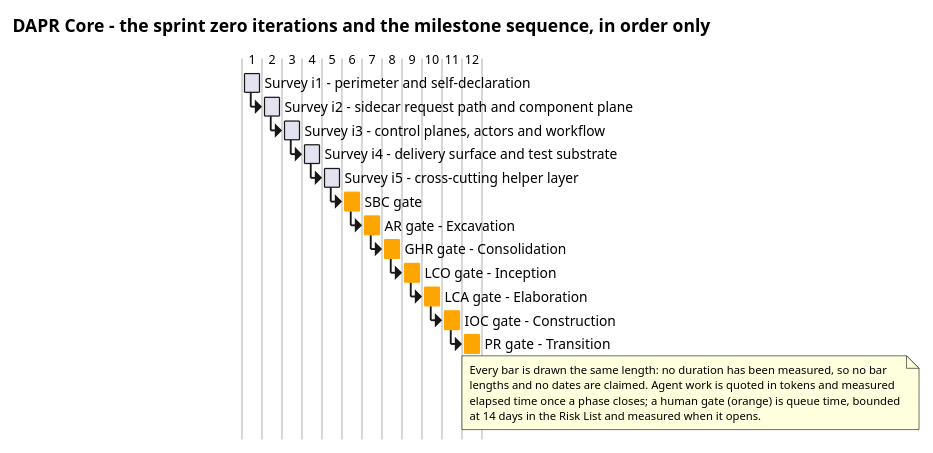
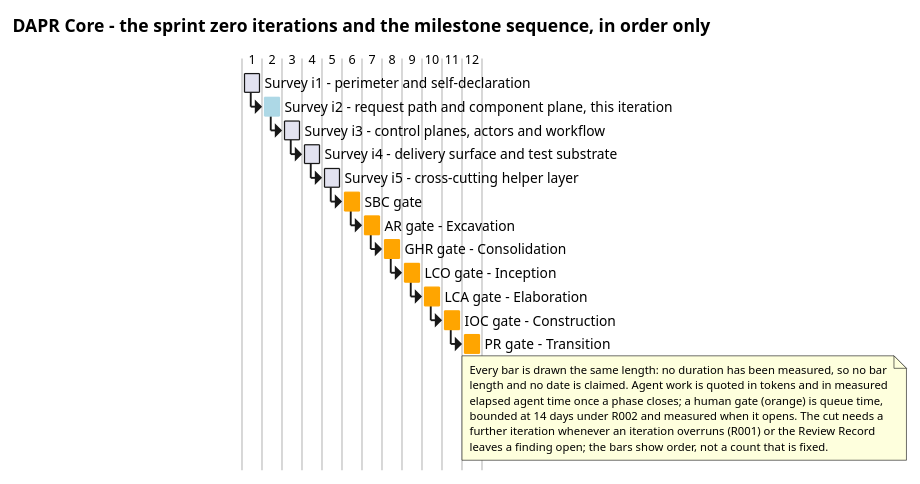
One commit to banense-test/dapr changed the first of 2 diagrams in docs/artifacts/project-management/iteration-plan.md. Above: the diagram before and after it, drawn with PlantUML. The commit also changed other lines of this file, not shown here.

First line of the commit message:
Project Manager [Survey2]: upsert Iteration Plan

````diff
--- a/docs/artifacts/project-management/iteration-plan.md
+++ b/docs/artifacts/project-management/iteration-plan.md
@@ -36,34 +38,37 @@
 ```plantuml
 @startgantt
 title DAPR Core - the sprint zero iterations and the milestone sequence, in order only
 hide footbox
 
 [Survey i1 - perimeter and self-declaration] lasts 1 day
-[Survey i2 - sidecar request path and component plane] starts at [Survey i1 - perimeter and self-declaration]'s end
-[Survey i3 - control planes, actors and workflow] starts at [Survey i2 - sidecar request path and component plane]'s end
+[Survey i2 - request path and component plane, this iteration] starts at [Survey i1 - perimeter and self-declaration]'s end
+[Survey i3 - control planes, actors and workflow] starts at [Survey i2 - request path and component plane, this iteration]'s end
 [Survey i4 - delivery surface and test substrate] starts at [Survey i3 - control planes, actors and workflow]'s end
 [Survey i5 - cross-cutting helper layer] starts at [Survey i4 - delivery surface and test substrate]'s end
 [SBC gate] starts at [Survey i5 - cross-cutting helper layer]'s end
 [AR gate - Excavation] starts at [SBC gate]'s end
 [GHR gate - Consolidation] starts at [AR gate - Excavation]'s end
 [LCO gate - Inception] starts at [GHR gate - Consolidation]'s end
 [LCA gate - Elaboration] starts at [LCO gate - Inception]'s end
 [IOC gate - Construction] starts at [LCA gate - Elaboration]'s end
 [PR gate - Transition] starts at [IOC gate - Construction]'s end
 
+[Survey i2 - request path and component plane, this iteration] is colored in LightBlue
 [SBC gate] is colored in Orange
 [AR gate - Excavation] is colored in Orange
 [GHR gate - Consolidation] is colored in Orange
 [LCO gate - Inception] is colored in Orange
 [LCA gate - Elaboration] is colored in Orange
 [IOC gate - Construction] is colored in Orange
 [PR gate - Transition] is colored in Orange
 
 note bottom
   Every bar is drawn the same length: no duration has been measured, so no bar
-  lengths and no dates are claimed. Agent work is quoted in tokens and measured
-  elapsed time once a phase closes; a human gate (orange) is queue time, bounded
-  at 14 days in the Risk List and measured when it opens.
+  length and no date is claimed. Agent work is quoted in tokens and in measured
+  elapsed agent time once a phase closes; a human gate (orange) is queue time,
+  bounded at 14 days under R002 and measured when it opens. The cut needs a
+  further iteration whenever an iteration overruns (R001) or the Review Record
+  leaves a finding open; the bars show order, not a count that is fixed.
 end note
 @endgantt
 ```
````
